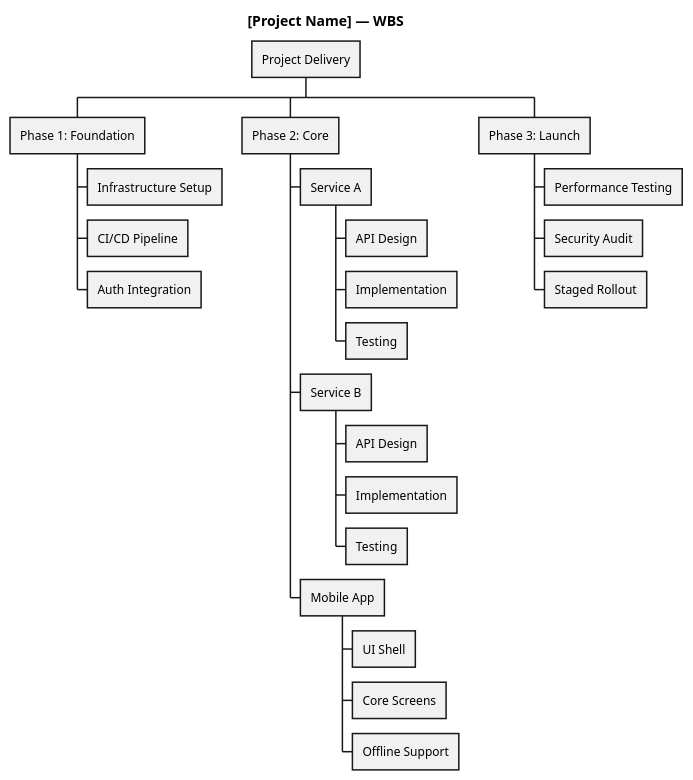
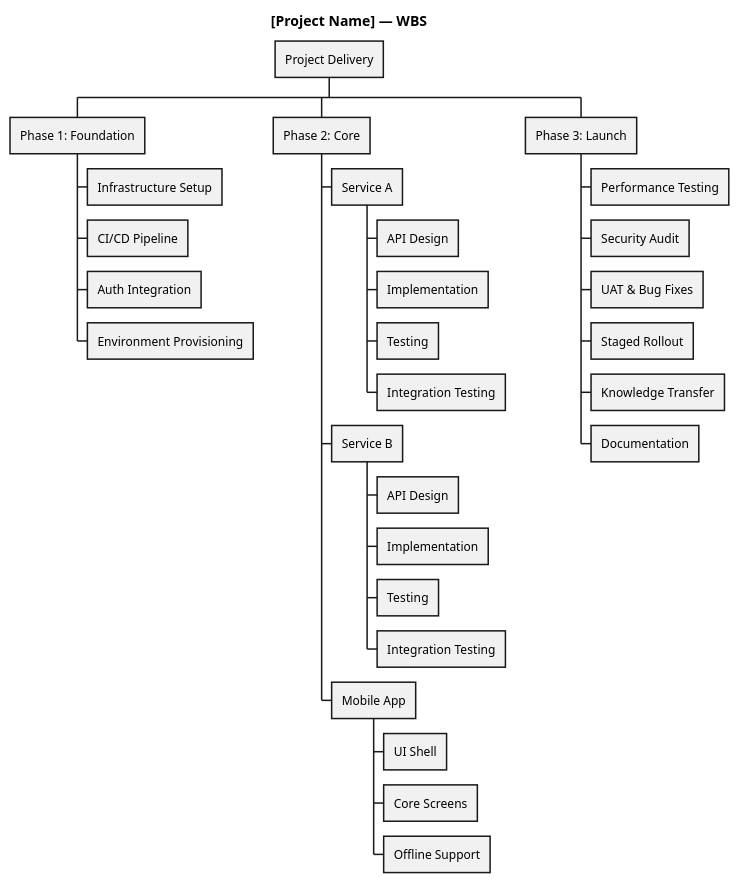
One commit to mosurekImagination/solution-architecture-case-studies changed diagram 13 of 13 in template/solution-design-template.adoc. Above: the diagram before and after it, drawn with PlantUML. The commit also changed other lines of this file and 46 other files, not shown here.

```diff
--- a/template/solution-design-template.adoc
+++ b/template/solution-design-template.adoc
@@ -1792,29 +2160,35 @@
 [plantuml,work-breakdown,format=svg]
 ....
 @startwbs
 title [Project Name] — WBS
 
 * Project Delivery
 ** Phase 1: Foundation
 *** Infrastructure Setup
 *** CI/CD Pipeline
 *** Auth Integration
+*** Environment Provisioning
 ** Phase 2: Core
 *** Service A
 **** API Design
 **** Implementation
 **** Testing
+**** Integration Testing
 *** Service B
 **** API Design
 **** Implementation
 **** Testing
+**** Integration Testing
 *** Mobile App
 **** UI Shell
 **** Core Screens
 **** Offline Support
 ** Phase 3: Launch
 *** Performance Testing
 *** Security Audit
+*** UAT & Bug Fixes
 *** Staged Rollout
+*** Knowledge Transfer
+*** Documentation
 @endwbs
 ....
```
